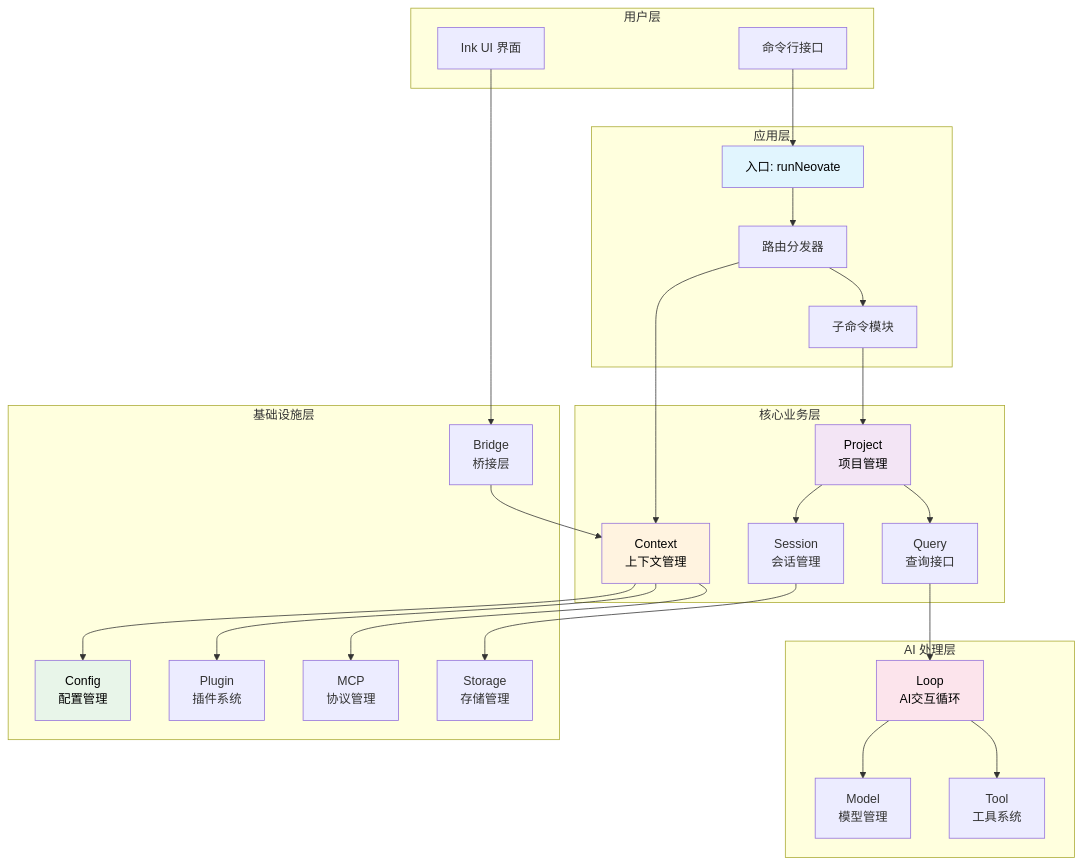
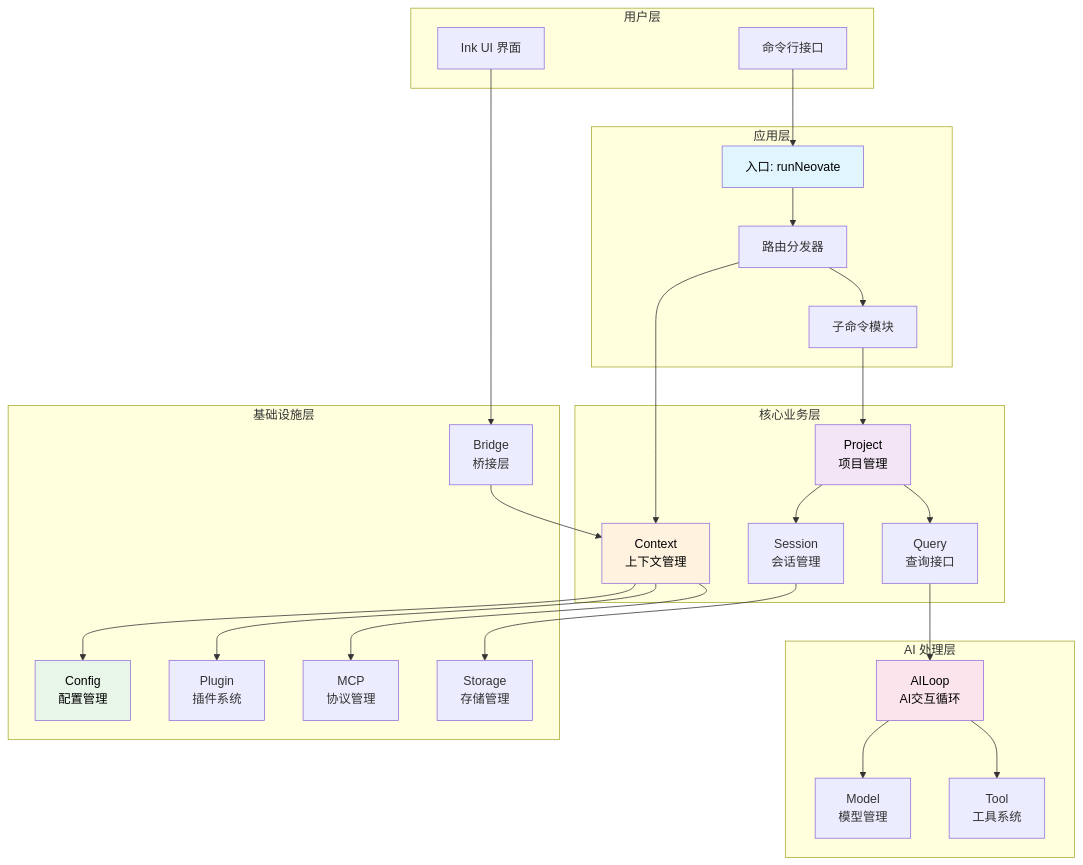
One commit to cloudyan/neovate-code changed the first of 10 diagrams in docs/arch.md. Above: the diagram before and after it, drawn with Mermaid. The commit also changed 2 other files, not shown here.

Commit message:
docs: rename Loop to AILoop in architecture diagrams and update context collaboration docs

````diff
--- a/docs/arch.md
+++ b/docs/arch.md
@@ -51,57 +51,57 @@
 ```mermaid
 graph TB
     subgraph "用户层"
         CLI[命令行接口]
         UI[Ink UI 界面]
     end
 
     subgraph "应用层"
         Entry[入口: runNeovate]
         Router[路由分发器]
         Commands[子命令模块]
     end
 
     subgraph "核心业务层"
         Context[Context<br/>上下文管理]
         Project[Project<br/>项目管理]
         Session[Session<br/>会话管理]
         Query[Query<br/>查询接口]
     end
 
     subgraph "AI 处理层"
-        Loop[Loop<br/>AI交互循环]
+        AILoop[AILoop<br/>AI交互循环]
         Model[Model<br/>模型管理]
         Tool[Tool<br/>工具系统]
     end
 
     subgraph "基础设施层"
         Config[Config<br/>配置管理]
         Plugin[Plugin<br/>插件系统]
         MCP[MCP<br/>协议管理]
         Bridge[Bridge<br/>桥接层]
         Storage[Storage<br/>存储管理]
     end
 
     CLI --> Entry
     UI --> Bridge
     Entry --> Router
     Router --> Commands
     Router --> Context
     Commands --> Project
     Project --> Session
     Project --> Query
-    Query --> Loop
-    Loop --> Model
-    Loop --> Tool
+    Query --> AILoop
+    AILoop --> Model
+    AILoop --> Tool
     Context --> Config
     Context --> Plugin
     Context --> MCP
     Bridge --> Context
     Session --> Storage
 
     style Entry fill:#e1f5fe,color:#000
     style Context fill:#fff3e0,color:#000
     style Project fill:#f3e5f5,color:#000
-    style Loop fill:#fce4ec,color:#000
+    style AILoop fill:#fce4ec,color:#000
     style Config fill:#e8f5e9,color:#000
 ```
````
